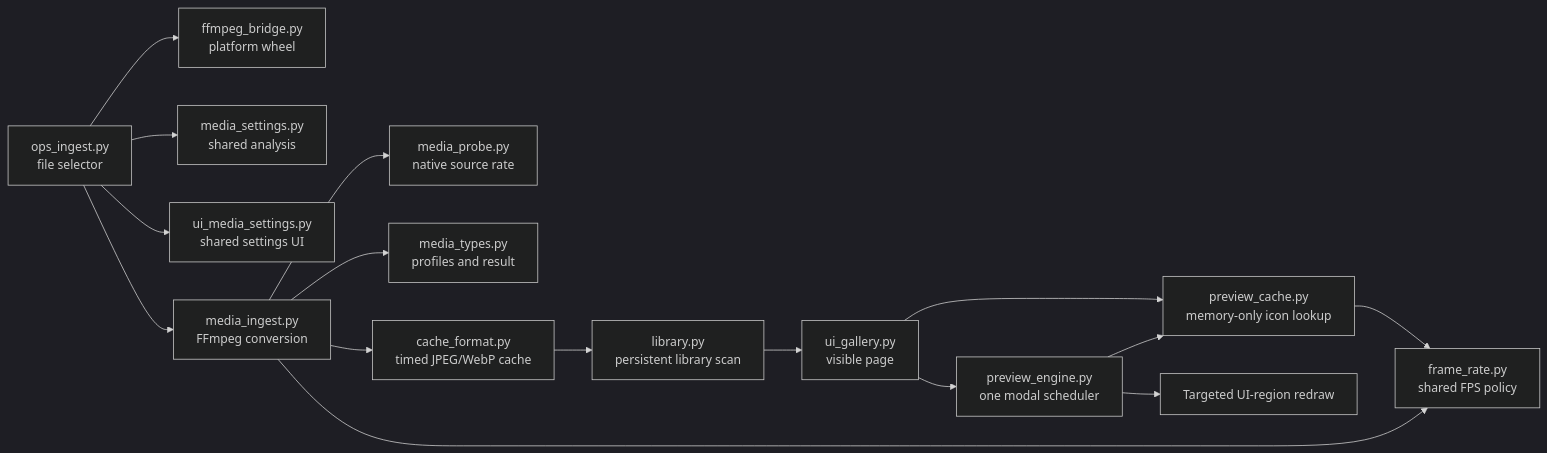
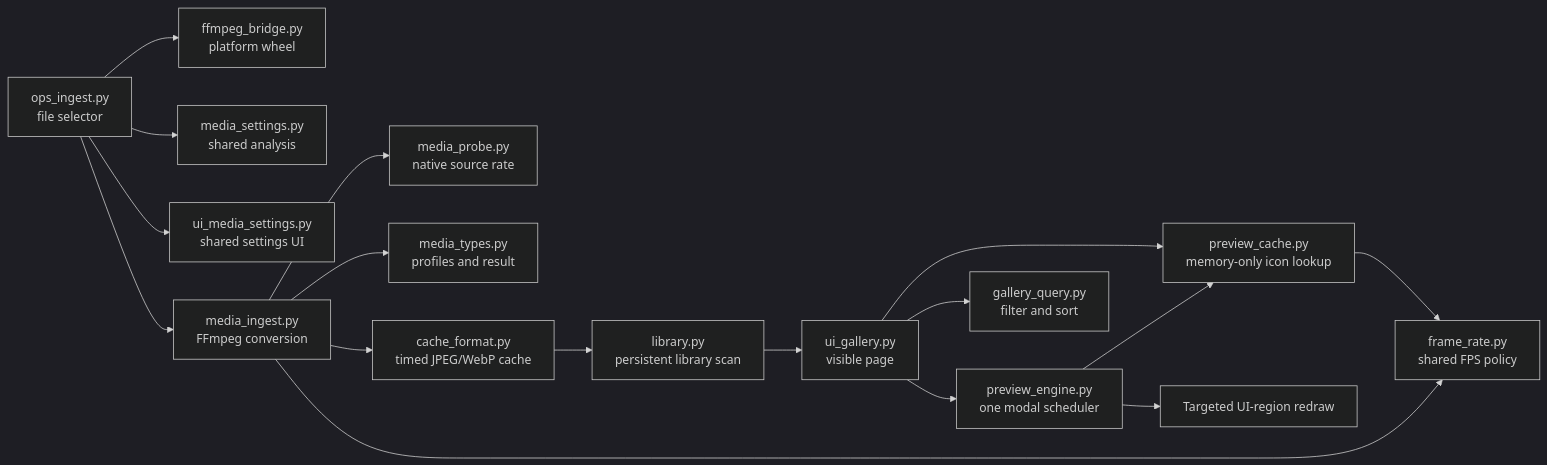
Before and after one commit to tdw46/blender-animated-ui: the diagram in README.md, drawn with Mermaid (dark theme). The commit also changed other lines of this file and 16 other files, not shown here.

````diff
--- a/README.md
+++ b/README.md
@@ -147,19 +150,20 @@
 ```mermaid
 flowchart LR
     UI["ui_gallery.py<br/>visible page"] --> PC["preview_cache.py<br/>memory-only icon lookup"]
     UI --> PE["preview_engine.py<br/>one modal scheduler"]
     PE --> PC
     PE --> R["Targeted UI-region redraw"]
     PC --> FPS["frame_rate.py<br/>shared FPS policy"]
+    UI --> GQ["gallery_query.py<br/>filter and sort"]
 
     OP["ops_ingest.py<br/>file selector"] --> FB["ffmpeg_bridge.py<br/>platform wheel"]
     OP --> MS["media_settings.py<br/>shared analysis"]
     OP --> UIS["ui_media_settings.py<br/>shared settings UI"]
     OP --> MI["media_ingest.py<br/>FFmpeg conversion"]
     MI --> MP["media_probe.py<br/>native source rate"]
     MI --> MT["media_types.py<br/>profiles and result"]
     MI --> FPS
     MI --> CF["cache_format.py<br/>timed JPEG/WebP cache"]
     CF --> LIB["library.py<br/>persistent library scan"]
     LIB --> UI
 ```
````
